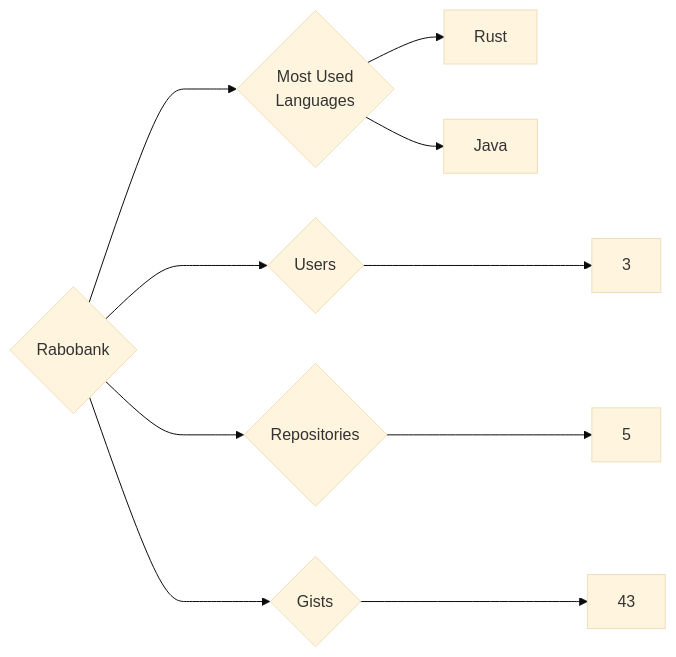
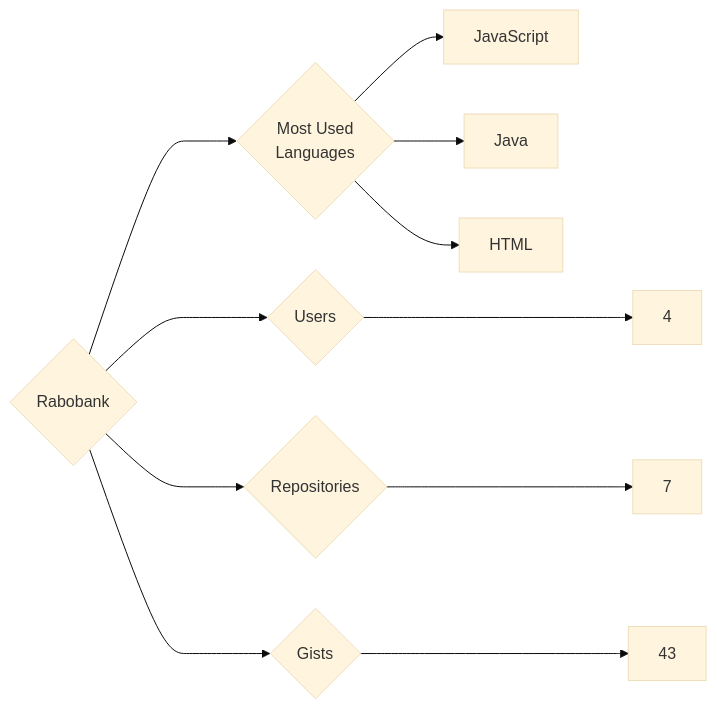
Before and after one commit to trickest/insiders: the diagram in targets/Rabobank/README.md, drawn with Mermaid (base theme). The commit also changed 1496 other files, not shown here.

````diff
--- a/targets/Rabobank/README.md
+++ b/targets/Rabobank/README.md
@@ -3,10 +3,11 @@
 ```mermaid
 graph LR
 COMPANY_NAME{Rabobank}
-COMPANY_NAME ---> U{Users} ---> UN[3]
-COMPANY_NAME ---> R{Repositories} ---> RN[5]
+COMPANY_NAME ---> U{Users} ---> UN[4]
+COMPANY_NAME ---> R{Repositories} ---> RN[7]
 COMPANY_NAME ---> G{Gists} ---> GN[43]
 COMPANY_NAME ---> ML{Most Used<br>Languages}
-ML --> Rust[Rust]
+ML --> JavaScript[JavaScript]
 ML --> Java[Java]
+ML --> HTML[HTML]
 ```
````
